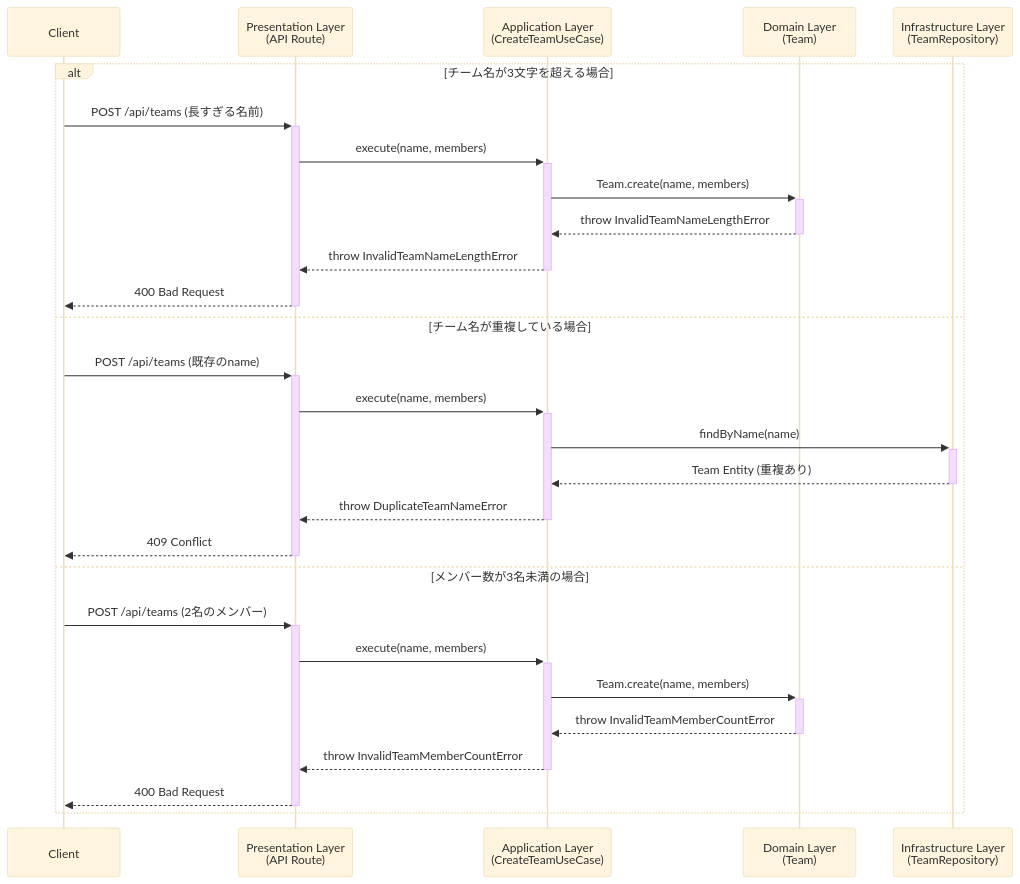
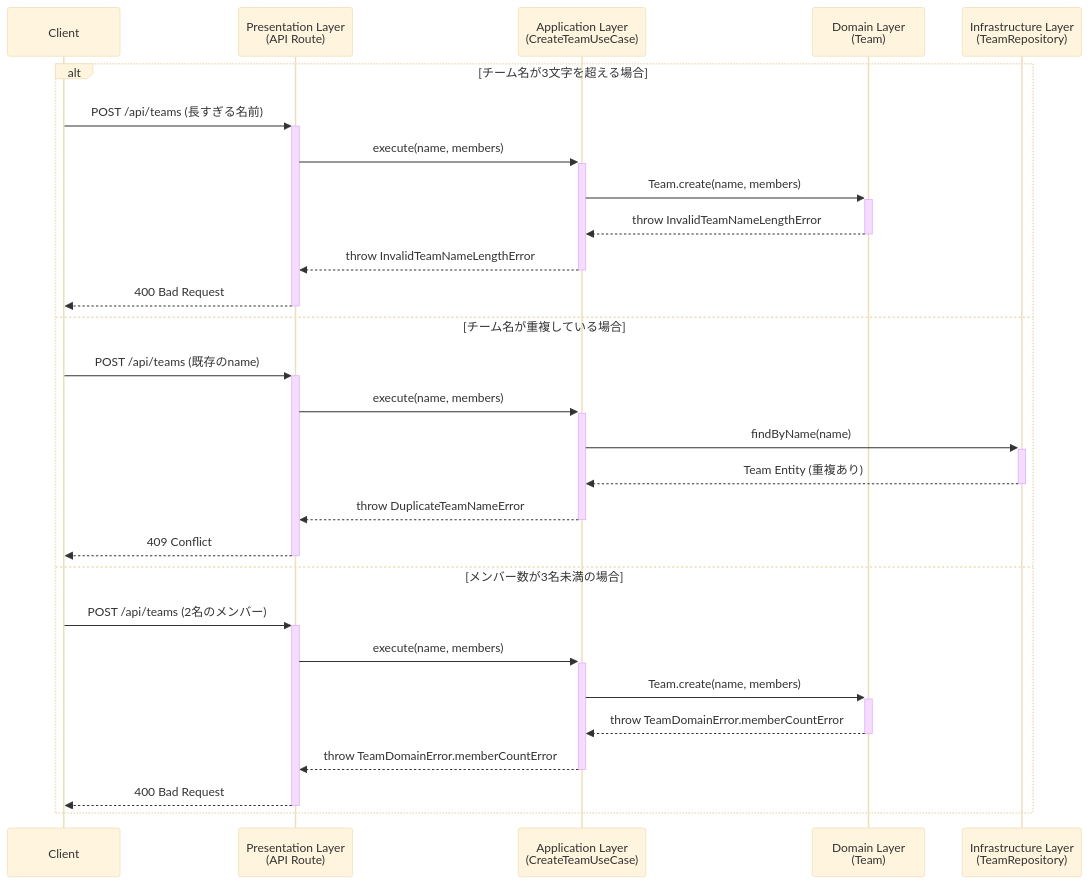
Before and after one commit to shouya31/pair-tracker: the second of 2 diagrams in memory-bank/story/TEAM_CREATION_STORY.md, drawn with Mermaid (base theme). The commit also changed other lines of this file and 13 other files, not shown here.

````diff
--- a/memory-bank/story/TEAM_CREATION_STORY.md
+++ b/memory-bank/story/TEAM_CREATION_STORY.md
@@ -110,33 +110,33 @@
 ```mermaid
 sequenceDiagram
     participant Client
     participant Presentation as Presentation Layer<br>(API Route)
     participant Application as Application Layer<br>(CreateTeamUseCase)
     participant Domain as Domain Layer<br>(Team)
     participant Infrastructure as Infrastructure Layer<br>(TeamRepository)
 
     alt チーム名が3文字を超える場合
         Client->>+Presentation: POST /api/teams (長すぎる名前)
         Presentation->>+Application: execute(name, members)
         Application->>+Domain: Team.create(name, members)
         Domain-->>-Application: throw InvalidTeamNameLengthError
         Application-->>-Presentation: throw InvalidTeamNameLengthError
         Presentation-->>-Client: 400 Bad Request
 
     else チーム名が重複している場合
         Client->>+Presentation: POST /api/teams (既存のname)
         Presentation->>+Application: execute(name, members)
         Application->>+Infrastructure: findByName(name)
         Infrastructure-->>-Application: Team Entity (重複あり)
         Application-->>-Presentation: throw DuplicateTeamNameError
         Presentation-->>-Client: 409 Conflict
 
     else メンバー数が3名未満の場合
         Client->>+Presentation: POST /api/teams (2名のメンバー)
         Presentation->>+Application: execute(name, members)
         Application->>+Domain: Team.create(name, members)
-        Domain-->>-Application: throw InvalidTeamMemberCountError
-        Application-->>-Presentation: throw InvalidTeamMemberCountError
+        Domain-->>-Application: throw TeamDomainError.memberCountError
+        Application-->>-Presentation: throw TeamDomainError.memberCountError
         Presentation-->>-Client: 400 Bad Request
     end
 ```
````
